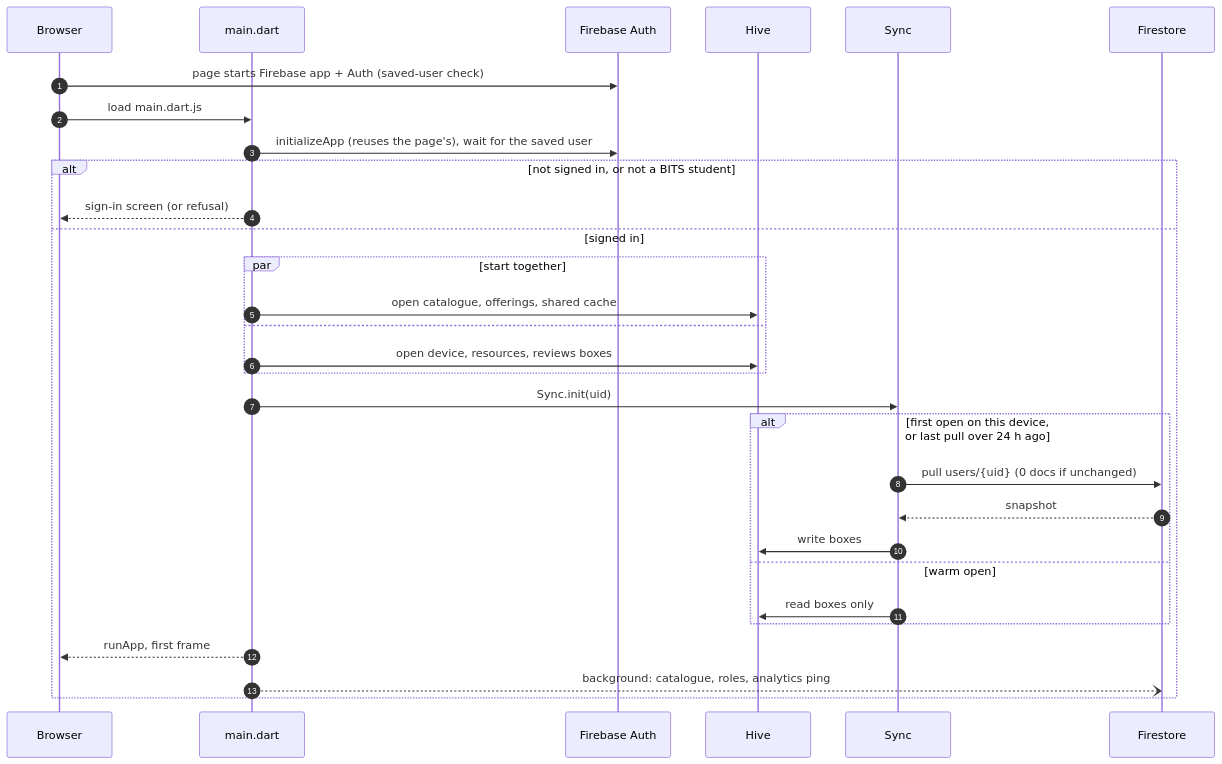
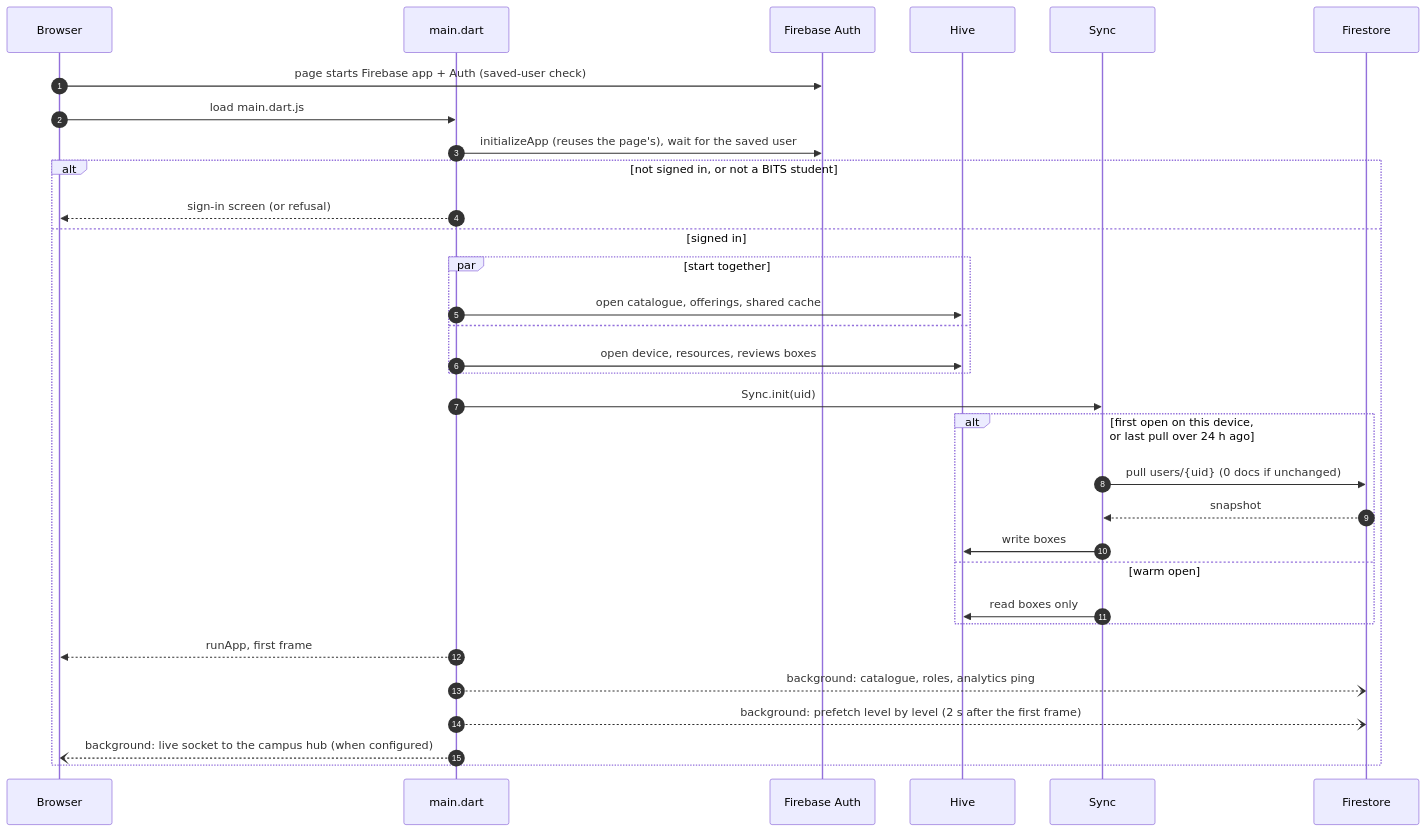
Before and after one commit to e-iotapi/CGPA_Calculator: the third of 12 diagrams in docs/ARCHITECTURE.md, drawn with Mermaid. The commit also changed other lines of this file and 2 other files, not shown here.

First line of the commit message:
Docs: diagrams and loading design after the final review (worker, live sync, no spinners, cost limits, marker rules)

````diff
--- a/docs/ARCHITECTURE.md
+++ b/docs/ARCHITECTURE.md
@@ -131,33 +134,35 @@
 ```mermaid
 sequenceDiagram
   autonumber
   participant B as Browser
   participant M as main.dart
   participant A as Firebase Auth
   participant H as Hive
   participant S as Sync
   participant F as Firestore
 
   B->>A: page starts Firebase app + Auth (saved-user check)
   B->>M: load main.dart.js
   M->>A: initializeApp (reuses the page's), wait for the saved user
   alt not signed in, or not a BITS student
     M-->>B: sign-in screen (or refusal)
   else signed in
     par start together
       M->>H: open catalogue, offerings, shared cache
     and
       M->>H: open device, resources, reviews boxes
     end
     M->>S: Sync.init(uid)
     alt first open on this device, or last pull over 24 h ago
       S->>F: pull users/{uid} (0 docs if unchanged)
       F-->>S: snapshot
       S->>H: write boxes
     else warm open
       S->>H: read boxes only
     end
     M-->>B: runApp, first frame
     M--)F: background: catalogue, roles, analytics ping
+    M--)F: background: prefetch level by level (2 s after the first frame)
+    M--)B: background: live socket to the campus hub (when configured)
   end
 ```
````
